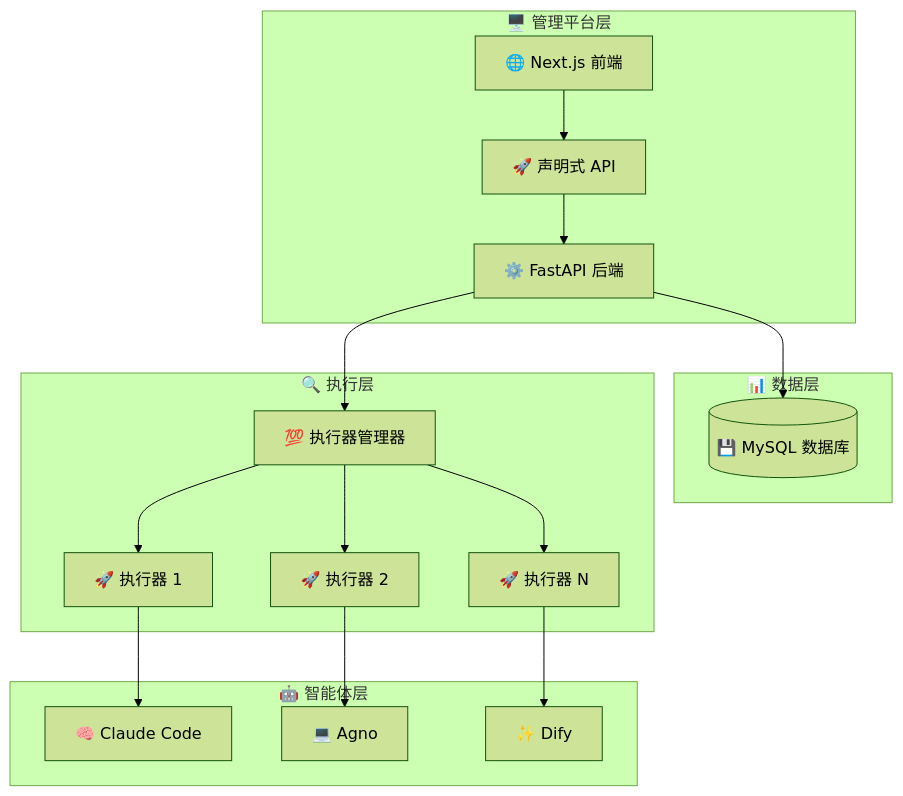
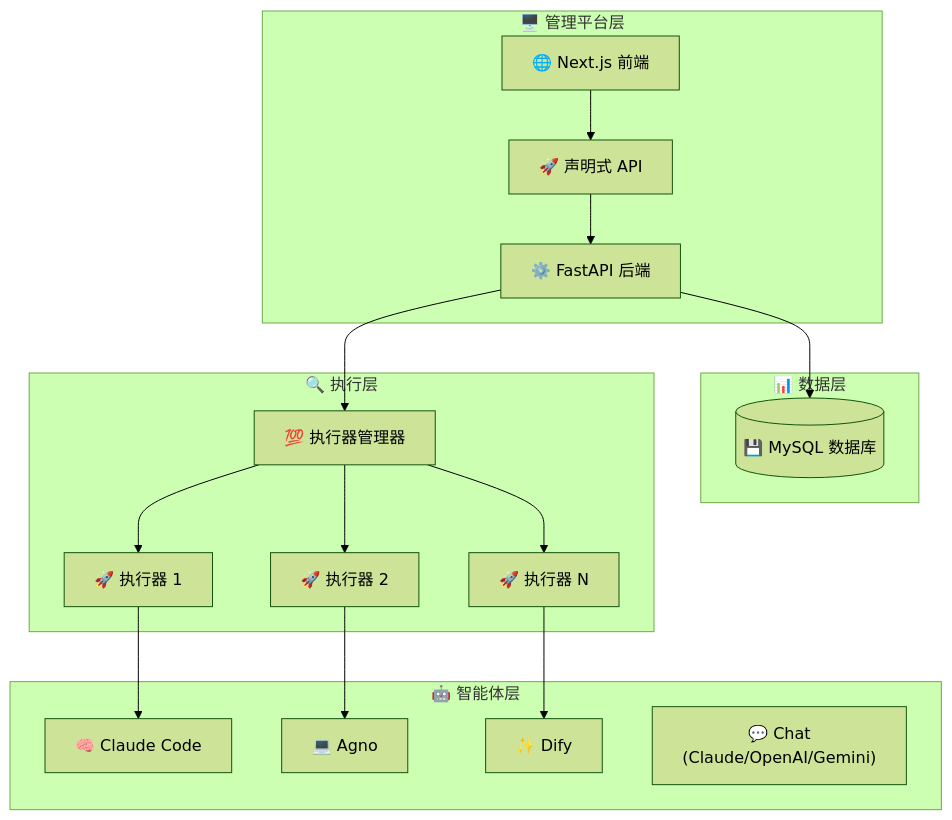
Before and after one commit to wecode-ai/Wegent: the second of 2 diagrams in README_zh.md, drawn with Mermaid (forest theme). The commit also changed other lines of this file and 1 other file, not shown here.

````diff
--- a/README_zh.md
+++ b/README_zh.md
@@ -175,40 +180,41 @@
 ```mermaid
 graph TB
     subgraph "🖥️ 管理平台层"
         Frontend["🌐 Next.js 前端"]
         Backend["⚙️ FastAPI 后端"]
         API["🚀 声明式 API"]
     end
 
     subgraph "📊 数据层"
         MySQL[("💾 MySQL 数据库")]
     end
 
     subgraph "🔍 执行层"
         ExecutorManager["💯 执行器管理器"]
         Executor1["🚀 执行器 1"]
         Executor2["🚀 执行器 2"]
         ExecutorN["🚀 执行器 N"]
     end
 
     subgraph "🤖 智能体层"
         Claude["🧠 Claude Code"]
         Agno["💻 Agno"]
         Dify["✨ Dify"]
+        Chat["💬 Chat<br/>(Claude/OpenAI/Gemini)"]
     end
 
 
     %% 系统交互
     Frontend --> API
     API --> Backend
     Backend --> MySQL
     Backend --> ExecutorManager
     ExecutorManager --> Executor1
     ExecutorManager --> Executor2
     ExecutorManager --> ExecutorN
 
     %% AI 程序集成
     Executor1 --> Claude
     Executor2 --> Agno
     ExecutorN --> Dify
 ```
````
